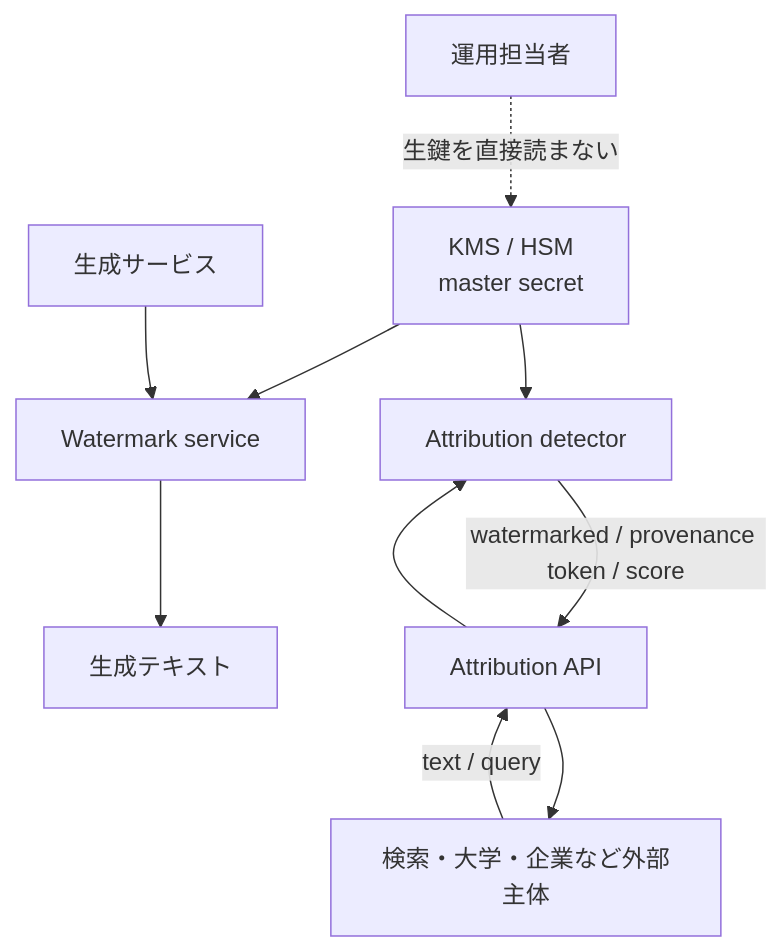
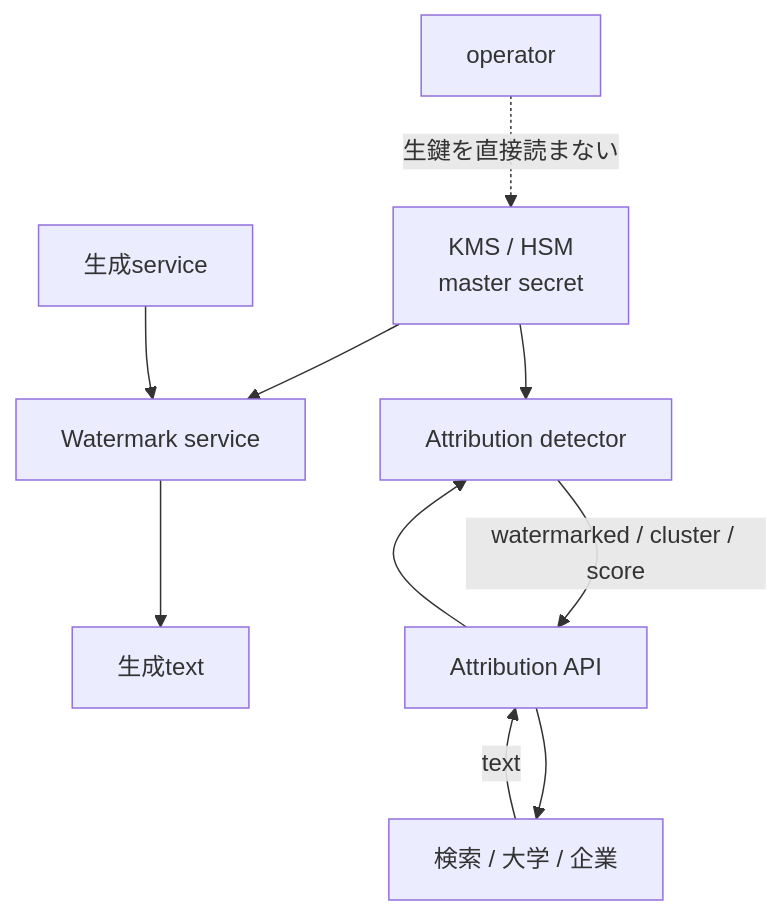
Before and after one commit to KAFKA2306/articles: the fourth of 6 diagrams in articles/claude-watermark-secret-key-detection.md, drawn with Mermaid. The commit also changed other lines of this file, not shown here.

````diff
--- a/articles/claude-watermark-secret-key-detection.md
+++ b/articles/claude-watermark-secret-key-detection.md
@@ -263,14 +329,14 @@
 ```mermaid
 flowchart TB
     KMS[KMS / HSM<br/>master secret] --> W[Watermark service]
     KMS --> D[Attribution detector]
-    APP[生成サービス] --> W
-    W --> TXT[生成テキスト]
+    APP[生成service] --> W
+    W --> TXT[生成text]
 
-    P[検索・大学・企業など外部主体] -->|text / query| API[Attribution API]
+    P[検索 / 大学 / 企業] -->|text| API[Attribution API]
     API --> D
-    D -->|watermarked / provenance token / score| API
+    D -->|watermarked / cluster / score| API
     API --> P
 
-    HUMAN[運用担当者] -. 生鍵を直接読まない .-> KMS
+    HUMAN[operator] -. 生鍵を直接読まない .-> KMS
 ```
````
